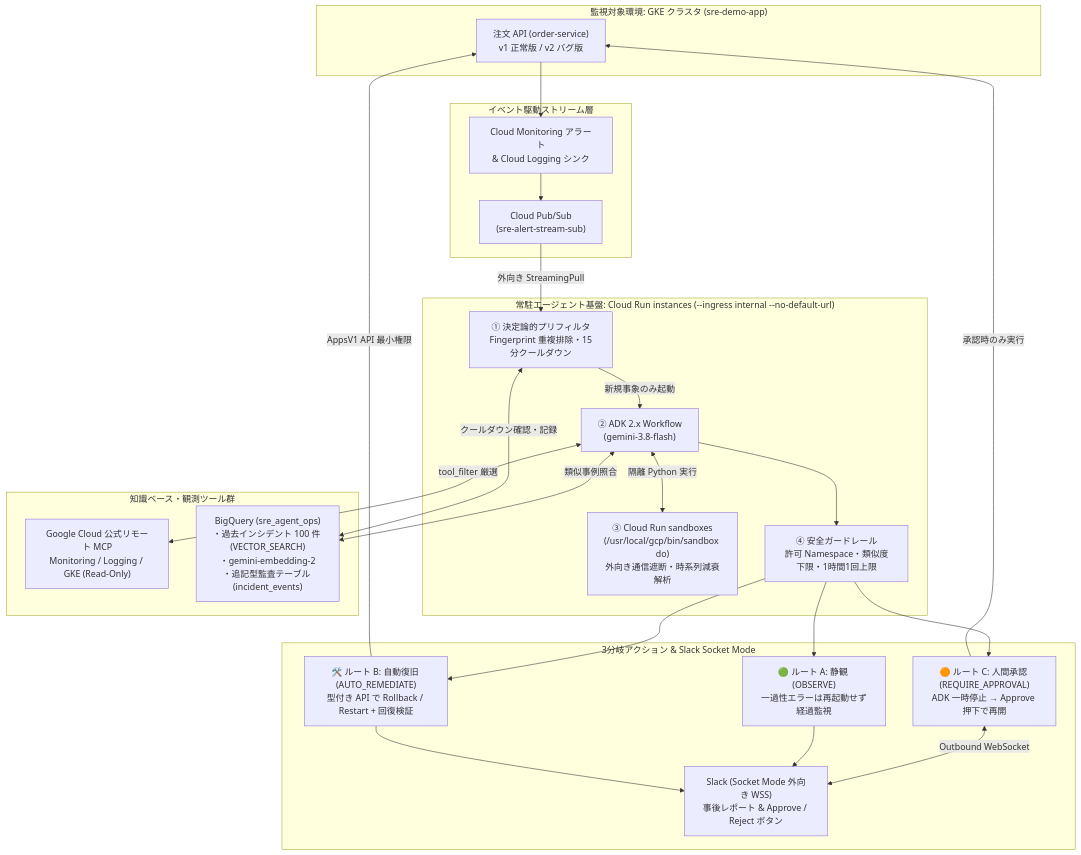
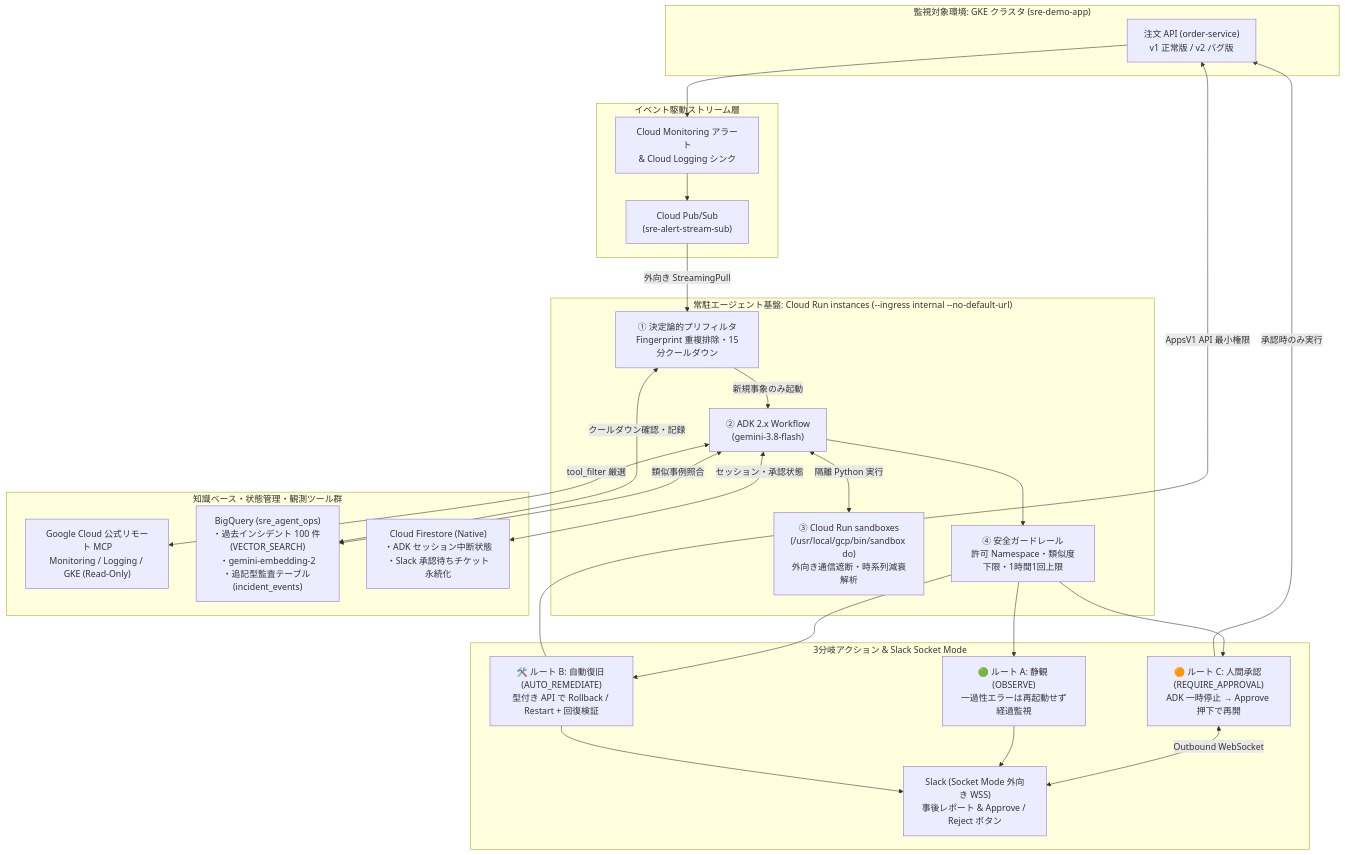
Before and after one commit to tyorikan/agentic-sre-handson: the diagram in README.md, drawn with Mermaid. The commit also changed other lines of this file and 15 other files, not shown here.

Commit message:
feat: persist ADK sessions and Slack HITL tickets in Cloud Firestore

````diff
--- a/README.md
+++ b/README.md
@@ -11,46 +11,48 @@
 ```mermaid
 flowchart TB
     subgraph TargetGKE["監視対象環境: GKE クラスタ (sre-demo-app)"]
         OrderApp["注文 API (order-service)<br/>v1 正常版 / v2 バグ版"]
     end
 
     subgraph StreamLayer["イベント駆動ストリーム層"]
         CloudObs["Cloud Monitoring アラート<br/>& Cloud Logging シンク"]
         PubSub["Cloud Pub/Sub<br/>(sre-alert-stream-sub)"]
         CloudObs --> PubSub
     end
 
     subgraph AgentInstance["常駐エージェント基盤: Cloud Run instances (--ingress internal --no-default-url)"]
         Dedup["① 決定論的プリフィルタ<br/>Fingerprint 重複排除・15分クールダウン"]
         Orch["② ADK 2.x Workflow<br/>(gemini-3.8-flash)"]
         Sandbox["③ Cloud Run sandboxes<br/>(/usr/local/gcp/bin/sandbox do)<br/>外向き通信遮断・時系列減衰解析"]
         Guard["④ 安全ガードレール<br/>許可 Namespace・類似度下限・1時間1回上限"]
 
         Dedup -->|"新規事象のみ起動"| Orch
         Orch <-->|"隔離 Python 実行"| Sandbox
         Orch --> Guard
     end
 
-    subgraph KnowledgeAndTools["知識ベース・観測ツール群"]
+    subgraph KnowledgeAndTools["知識ベース・状態管理・観測ツール群"]
         RemoteMCP["Google Cloud 公式リモート MCP<br/>Monitoring / Logging / GKE (Read-Only)"]
         BQ["BigQuery (sre_agent_ops)<br/>・過去インシデント 100 件 (VECTOR_SEARCH)<br/>・gemini-embedding-2<br/>・追記型監査テーブル (incident_events)"]
+        FS["Cloud Firestore (Native)<br/>・ADK セッション中断状態<br/>・Slack 承認待ちチケット永続化"]
     end
 
     subgraph ActionsAndSlack["3分岐アクション & Slack Socket Mode"]
         R1["🟢 ルート A: 静観 (OBSERVE)<br/>一過性エラーは再起動せず経過監視"]
         R2["🛠️ ルート B: 自動復旧 (AUTO_REMEDIATE)<br/>型付き API で Rollback / Restart + 回復検証"]
         R3["🟠 ルート C: 人間承認 (REQUIRE_APPROVAL)<br/>ADK 一時停止 → Approve 押下で再開"]
         Slack["Slack (Socket Mode 外向き WSS)<br/>事後レポート & Approve / Reject ボタン"]
     end
 
     OrderApp --> CloudObs
     PubSub -->|"外向き StreamingPull"| Dedup
     Orch <-->|"tool_filter 厳選"| RemoteMCP
     Orch <-->|"類似事例照合"| BQ
+    Orch <-->|"セッション・承認状態"| FS
     Dedup <-->|"クールダウン確認・記録"| BQ
     Guard --> R1 & R2 & R3
     R2 -->|"AppsV1 API 最小権限"| OrderApp
     R3 <-->|"Outbound WebSocket"| Slack
     R3 -->|"承認時のみ実行"| OrderApp
     R1 & R2 --> Slack
 ```
````
